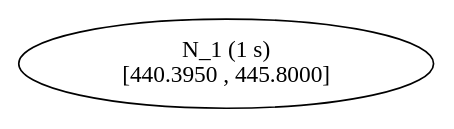
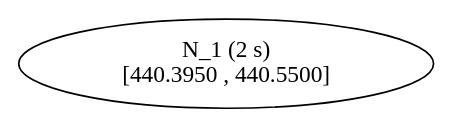
Before and after one commit to atoptima/Coluna.jl: the diagram in previews/PR660/start/tree2.dot, drawn with Graphviz. The commit also changed 11 other files, not shown here.

```diff
--- a/previews/PR660/start/tree2.dot
+++ b/previews/PR660/start/tree2.dot
@@ -1,6 +1,6 @@
 ## dot -Tpdf thisfile > thisfile.pdf 
 
 digraph Branching_Tree {
 	edge[fontname = "Courier", fontsize = 10];
-	n1 [label= "N_1 (1 s) \n[440.3950 , 445.8000]"];
+	n1 [label= "N_1 (2 s) \n[440.3950 , 440.5500]"];
 }
```
